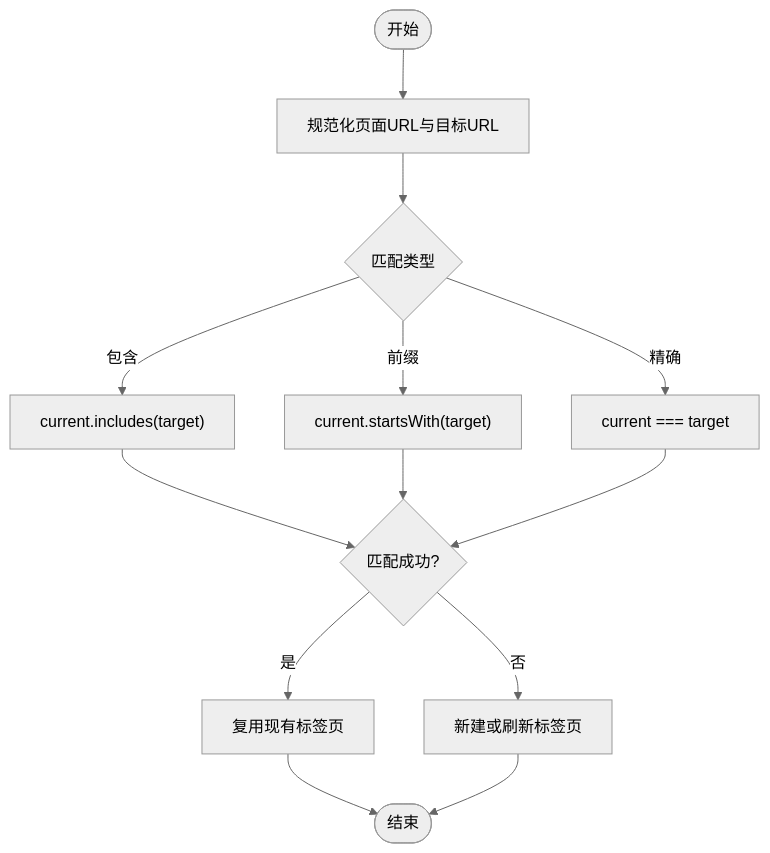
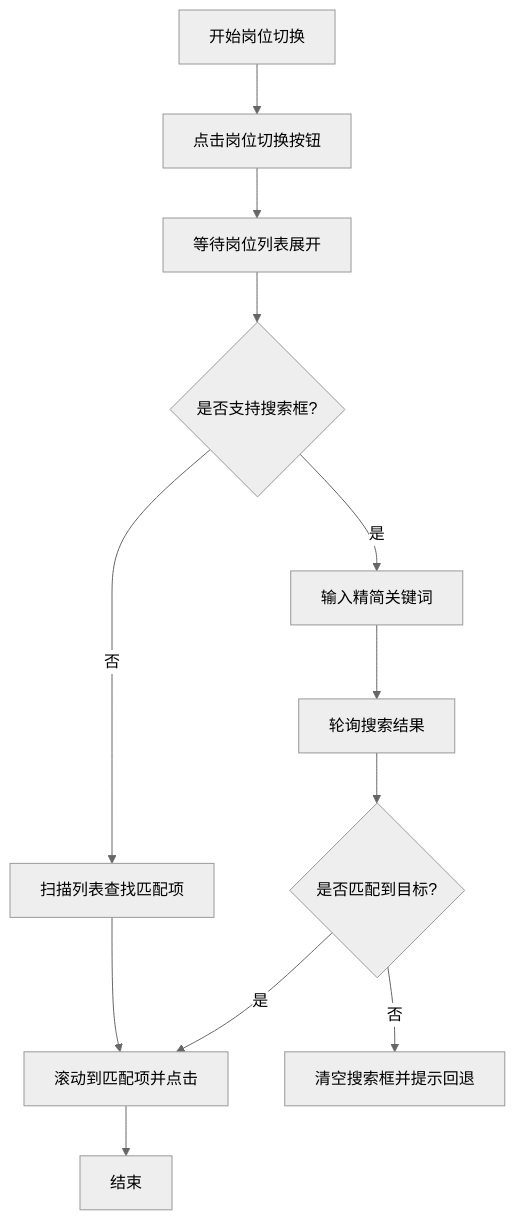
One commit to alvinwangzi/goodhr changed the fifth of 8 diagrams in .qoder/repowiki/zh/content/本地执行器/平台适配器/Boss直聘适配器/页面导航控制.md. Above: the diagram before and after it, drawn with Mermaid (neutral theme). The commit also changed other lines of this file and 149 other files, not shown here.

````diff
--- a/.qoder/repowiki/zh/content/本地执行器/平台适配器/Boss直聘适配器/页面导航控制.md
+++ b/.qoder/repowiki/zh/content/本地执行器/平台适配器/Boss直聘适配器/页面导航控制.md
@@ -211,15 +204,14 @@
 ```mermaid
 flowchart TD
-UStart(["开始"]) --> Normalize["规范化页面URL与目标URL"]
-Normalize --> MatchType{"匹配类型"}
-MatchType --> |包含| IncludeCheck["current.includes(target)"]
-MatchType --> |前缀| PrefixCheck["current.startsWith(target)"]
-MatchType --> |精确| ExactCheck["current === target"]
-IncludeCheck --> Result{"匹配成功?"}
-PrefixCheck --> Result
-ExactCheck --> Result
-Result --> |是| Reuse["复用现有标签页"]
-Result --> |否| NewTab["新建或刷新标签页"]
-Reuse --> UEnd(["结束"])
-NewTab --> UEnd
+S["开始岗位切换"] --> ClickSwitch["点击岗位切换按钮"]
+ClickSwitch --> WaitList["等待岗位列表展开"]
+WaitList --> TrySearch{"是否支持搜索框?"}
+TrySearch --> |是| TypeQuery["输入精简关键词"]
+TypeQuery --> PollResults["轮询搜索结果"]
+PollResults --> Found{"是否匹配到目标?"}
+Found --> |是| ScrollAndClick["滚动到匹配项并点击"]
+Found --> |否| ClearSearch["清空搜索框并提示回退"]
+TrySearch --> |否| ScanList["扫描列表查找匹配项"]
+ScanList --> ScrollAndClick
+ScrollAndClick --> E["结束"]
 ```
````
